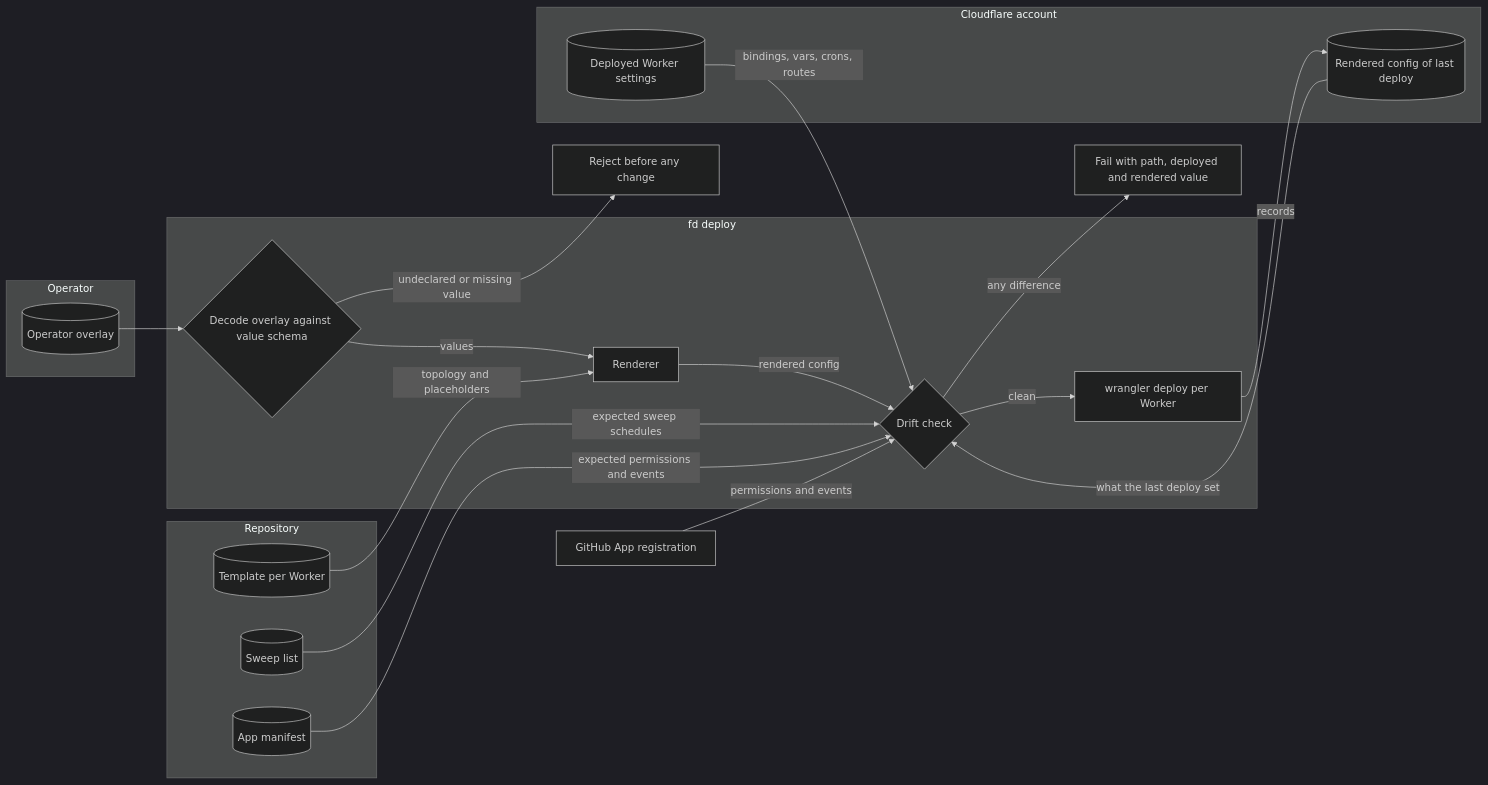
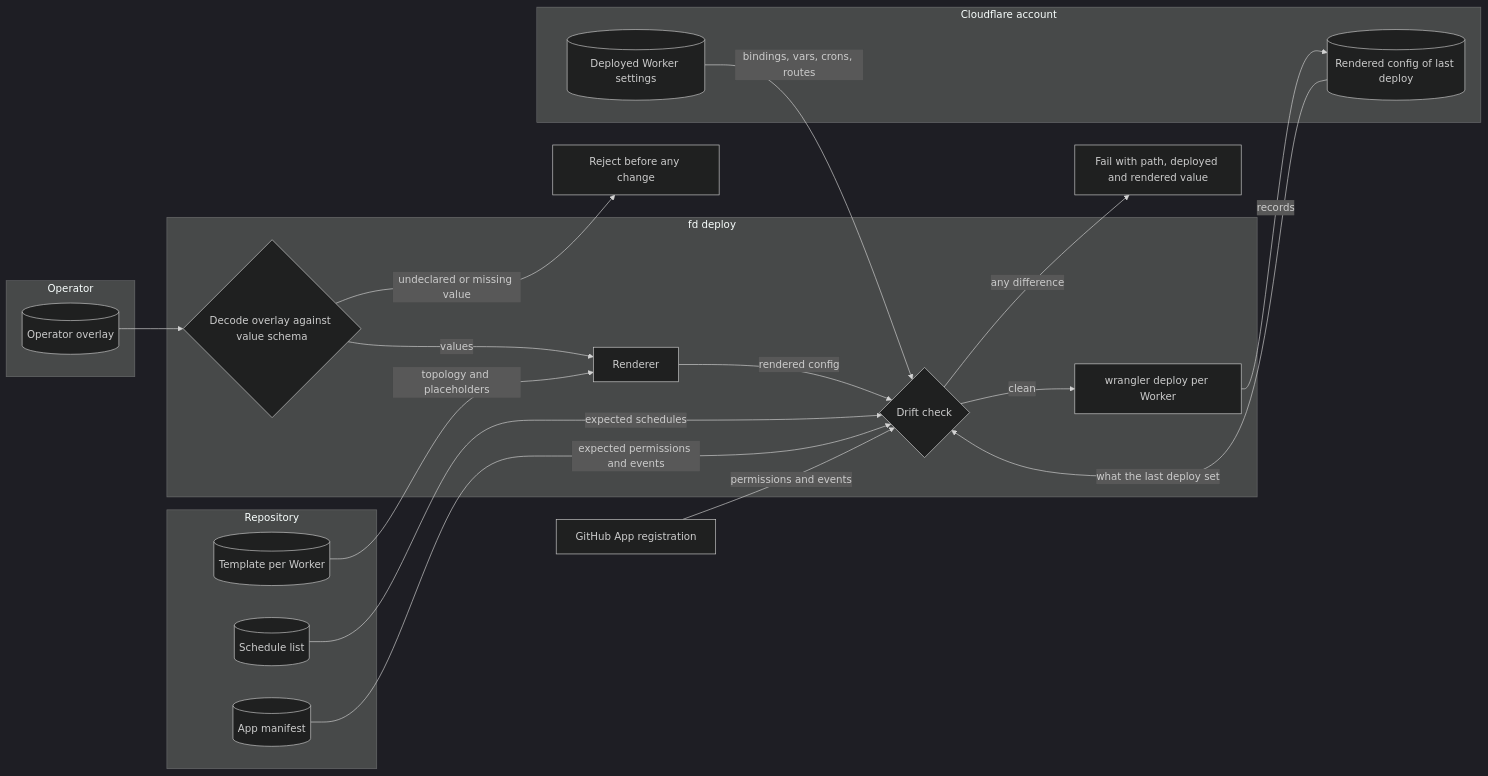
One commit to fractalboxdev/flare-dispatch changed the first of 3 diagrams in specs/operability.md. Above: the diagram before and after it, drawn with Mermaid (dark theme). The commit also changed other lines of this file and 45 other files, not shown here.

````diff
--- a/specs/operability.md
+++ b/specs/operability.md
@@ -71,54 +70,54 @@
 ```mermaid
 flowchart LR
   accTitle: The renderer fills placeholders from the overlay and the drift check gates the deploy
   subgraph git[Repository]
     tpl[(Template per Worker)]
-    reg[(Sweep list)]
+    reg[(Schedule list)]
     appman[(App manifest)]
   end
   subgraph op[Operator]
     ovl[(Operator overlay)]
   end
   subgraph cli[fd deploy]
     dec{Decode overlay against value schema}
     render[Renderer]
     drift{Drift check}
     deploy[wrangler deploy per Worker]
   end
   subgraph cf[Cloudflare account]
     live[(Deployed Worker settings)]
     rec[(Rendered config of last deploy)]
   end
   gh[GitHub App registration]
   ovl --> dec
   dec e1@-->|undeclared or missing value| rej[Reject before any change]
   dec -->|values| render
   tpl -->|topology and placeholders| render
   render -->|rendered config| drift
-  reg -->|expected sweep schedules| drift
+  reg -->|expected schedules| drift
   appman -->|expected permissions and events| drift
   live -->|bindings, vars, crons, routes| drift
   rec -->|what the last deploy set| drift
   gh -->|permissions and events| drift
   drift e2@-->|any difference| fail[Fail with path, deployed and rendered value]
   drift -->|clean| deploy
   deploy -->|records| rec
   class dec accent
   class drift warn
   class tpl store
   class reg store
   class appman store
   class ovl store
   class live store
   class rec store
   class gh muted
   class rej danger
   class fail danger
   class deploy ok
   class git group
   class op group
   class cli group
   class cf group
   class e1 failure
   class e2 failure
 ```
````
